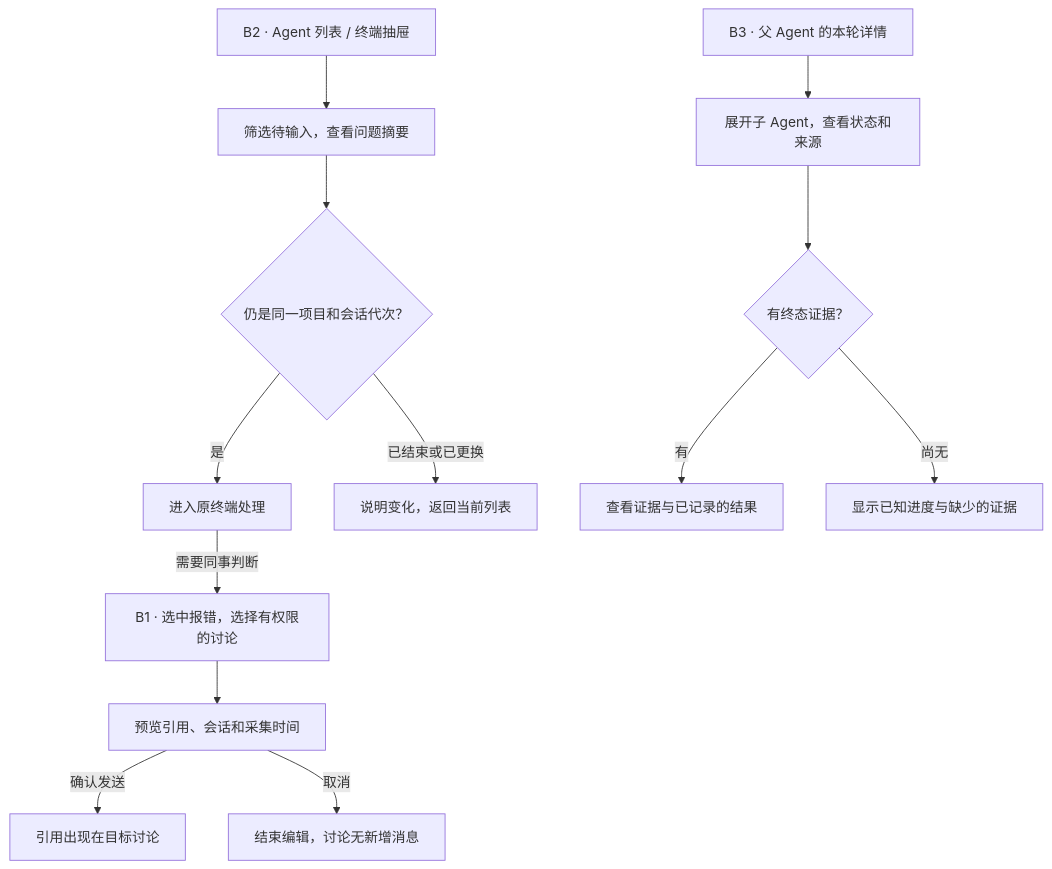
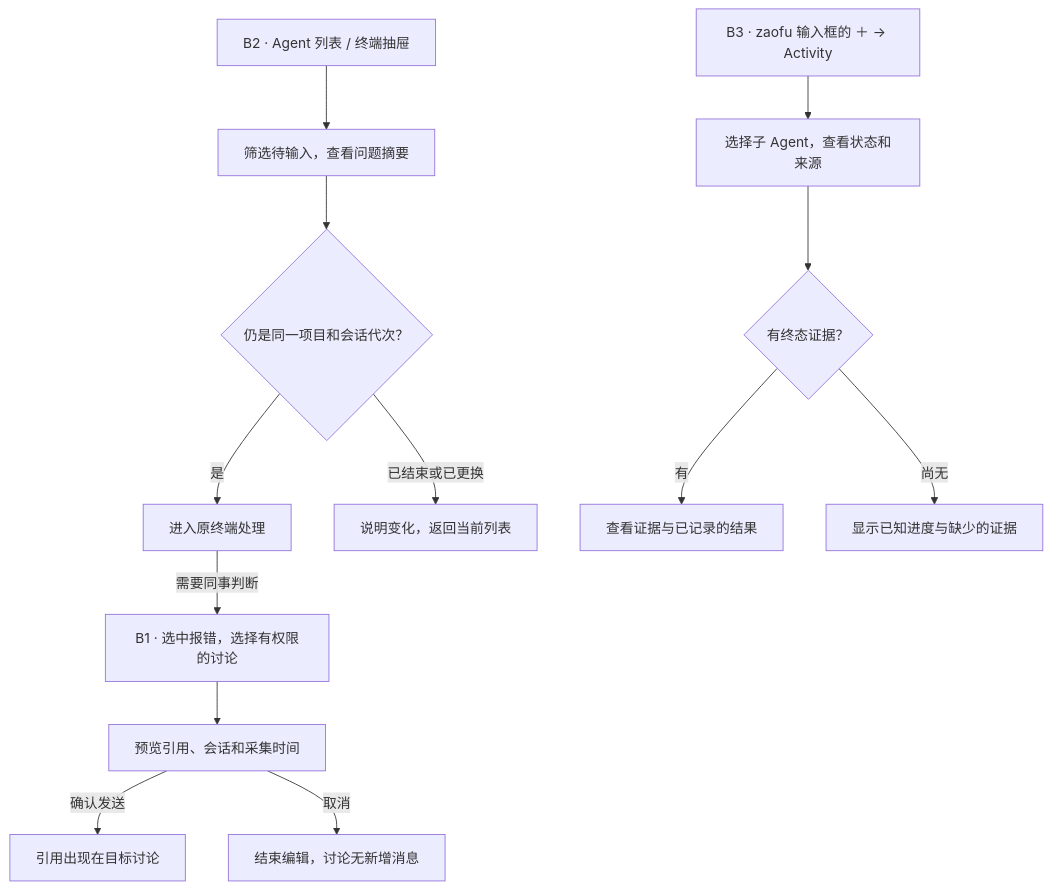
Before and after one commit to uisee-ai/zaofu: the first of 7 diagrams in docs/design/212-ovis-web-terminal-and-agent-workflows.md, drawn with Mermaid. The commit also changed other lines of this file and 48 other files, not shown here.

````diff
--- a/docs/design/212-ovis-web-terminal-and-agent-workflows.md
+++ b/docs/design/212-ovis-web-terminal-and-agent-workflows.md
@@ -46,15 +48,15 @@
 ```mermaid
 flowchart TD
     list["B2 · Agent 列表 / 终端抽屉"] --> wait["筛选待输入，查看问题摘要"]
     wait --> open{"仍是同一项目和会话代次？"}
     open -->|是| term["进入原终端处理"]
     open -->|已结束或已更换| stale["说明变化，返回当前列表"]
     term -->|需要同事判断| quote["B1 · 选中报错，选择有权限的讨论"]
     quote --> draft["预览引用、会话和采集时间"]
     draft -->|确认发送| sent["引用出现在目标讨论"]
     draft -->|取消| cancel["结束编辑，讨论无新增消息"]
-    parent["B3 · 父 Agent 的本轮详情"] --> child["展开子 Agent，查看状态和来源"]
+    parent["B3 · zaofu 输入框的 ＋ → Activity"] --> child["选择子 Agent，查看状态和来源"]
     child --> proof{"有终态证据？"}
     proof -->|有| evidence["查看证据与已记录的结果"]
     proof -->|尚无| running["显示已知进度与缺少的证据"]
 ```
````
